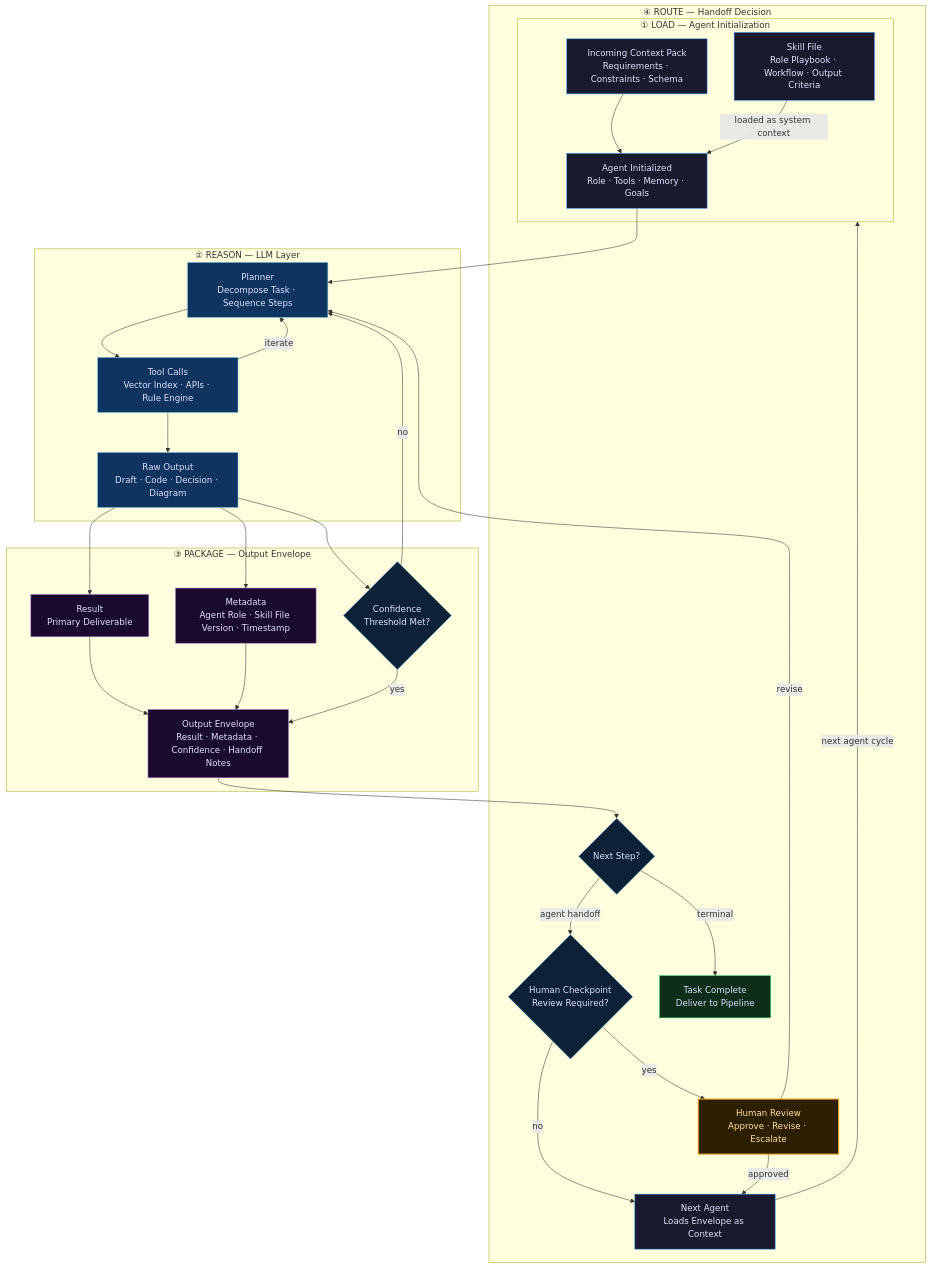
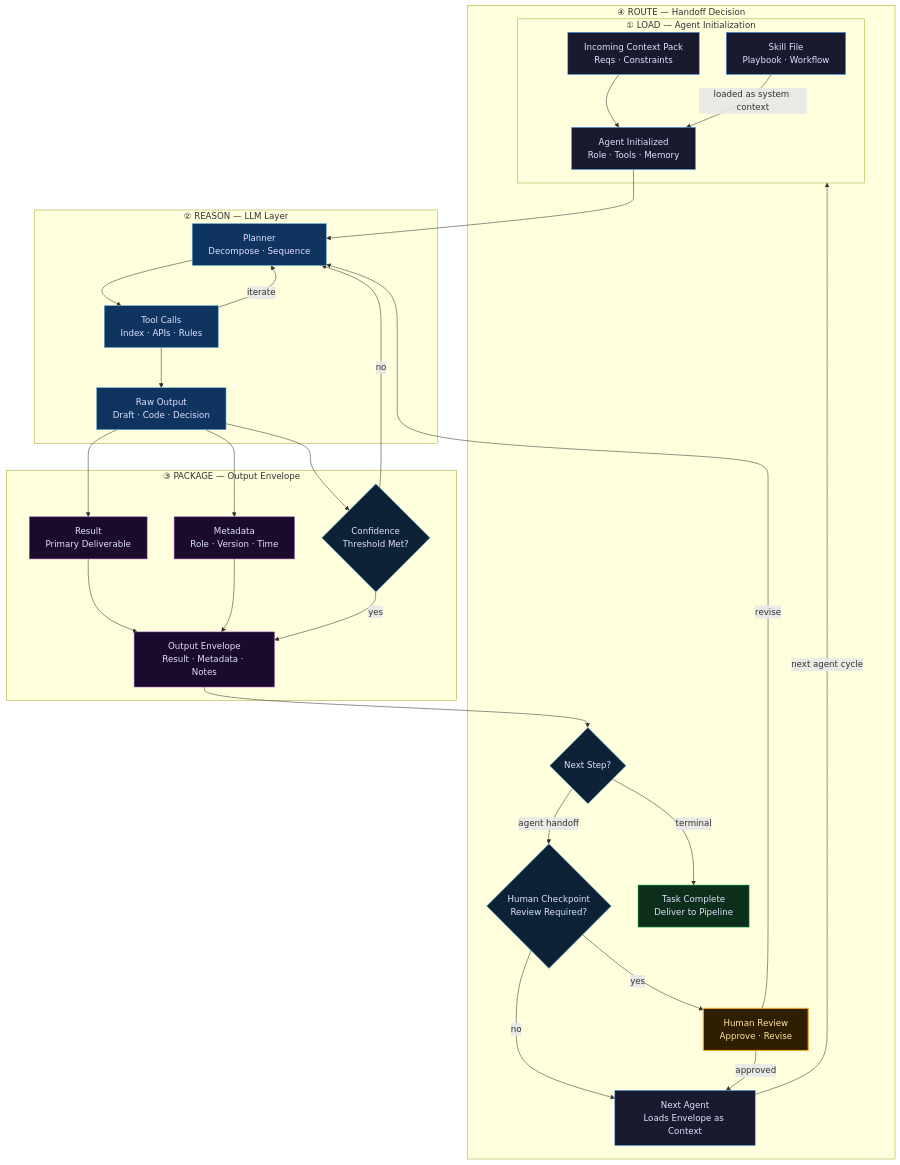
One commit to bryancalabro/bryancalabro changed the ninth of 11 diagrams in README.md. Above: the diagram before and after it, drawn with Mermaid. The commit also changed other lines of this file and 1 other file, not shown here.

````diff
--- a/README.md
+++ b/README.md
@@ -544,64 +544,64 @@
 ```mermaid
 flowchart TD
     subgraph LOAD["① LOAD — Agent Initialization"]
-        CTX["Incoming Context Pack<br/>Requirements · Constraints · Schema"]
-        SF["Skill File<br/>Role Playbook · Workflow · Output Criteria"]
-        INIT["Agent Initialized<br/>Role · Tools · Memory · Goals"]
+        CTX["Incoming Context Pack<br/>Reqs · Constraints"]
+        SF["Skill File<br/>Playbook · Workflow"]
+        INIT["Agent Initialized<br/>Role · Tools · Memory"]
         CTX --> INIT
         SF -->|loaded as system context| INIT
     end
 
     subgraph REASON["② REASON — LLM Layer"]
-        PLAN["Planner<br/>Decompose Task · Sequence Steps"]
-        TOOLS["Tool Calls<br/>Vector Index · APIs · Rule Engine"]
-        OUT["Raw Output<br/>Draft · Code · Decision · Diagram"]
+        PLAN["Planner<br/>Decompose · Sequence"]
+        TOOLS["Tool Calls<br/>Index · APIs · Rules"]
+        OUT["Raw Output<br/>Draft · Code · Decision"]
         INIT --> PLAN --> TOOLS --> OUT
         TOOLS -->|iterate| PLAN
     end
 
     subgraph PACKAGE["③ PACKAGE — Output Envelope"]
         RES["Result<br/>Primary Deliverable"]
-        META["Metadata<br/>Agent Role · Skill File Version · Timestamp"]
+        META["Metadata<br/>Role · Version · Time"]
         CONF{"Confidence<br/>Threshold Met?"}
-        ENV["Output Envelope<br/>Result · Metadata · Confidence · Handoff Notes"]
+        ENV["Output Envelope<br/>Result · Metadata · Notes"]
         OUT --> RES
         OUT --> META
         OUT --> CONF
         CONF -->|no| PLAN
         RES --> ENV
         META --> ENV
         CONF -->|yes| ENV
     end
 
     subgraph ROUTE["④ ROUTE — Handoff Decision"]
         RTR{Next Step?}
         HC{"Human Checkpoint<br/>Review Required?"}
         NEXT["Next Agent<br/>Loads Envelope as Context"]
-        HUMAN["Human Review<br/>Approve · Revise · Escalate"]
+        HUMAN["Human Review<br/>Approve · Revise"]
         DONE["Task Complete<br/>Deliver to Pipeline"]
         ENV --> RTR
         RTR -->|agent handoff| HC
         HC -->|no| NEXT
         HC -->|yes| HUMAN
         HUMAN -->|approved| NEXT
         HUMAN -->|revise| PLAN
         RTR -->|terminal| DONE
         NEXT -->|next agent cycle| LOAD
     end
 
     classDef loadStyle fill:#1a1a2e,stroke:#4a9eff,color:#e0e0ff
     classDef reasonStyle fill:#0f3460,stroke:#7ec8e3,color:#e0e0ff
     classDef packageStyle fill:#1a0a2e,stroke:#9b59b6,color:#e0e0ff
     classDef routeStyle fill:#0d2137,stroke:#7ec8e3,color:#e0e0ff
     classDef humanStyle fill:#2e1f00,stroke:#f5a623,color:#ffe0a0,stroke-width:2px
     classDef doneStyle fill:#0d2e1a,stroke:#2ecc71,color:#e0e0ff
     classDef flagStyle fill:#2e0a0a,stroke:#e74c3c,color:#ffcccc
 
     class CTX,SF,INIT loadStyle
     class PLAN,TOOLS,OUT reasonStyle
     class RES,META,ENV packageStyle
     class CONF,RTR,HC routeStyle
     class HUMAN humanStyle
     class DONE doneStyle
     class NEXT loadStyle
 ```
````
